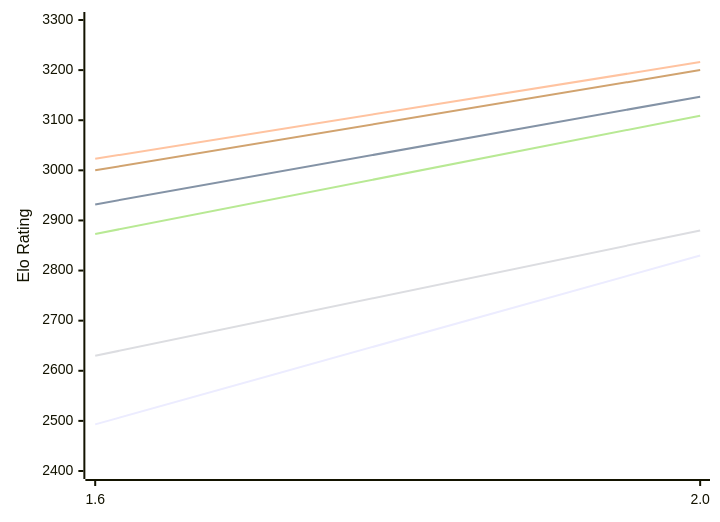
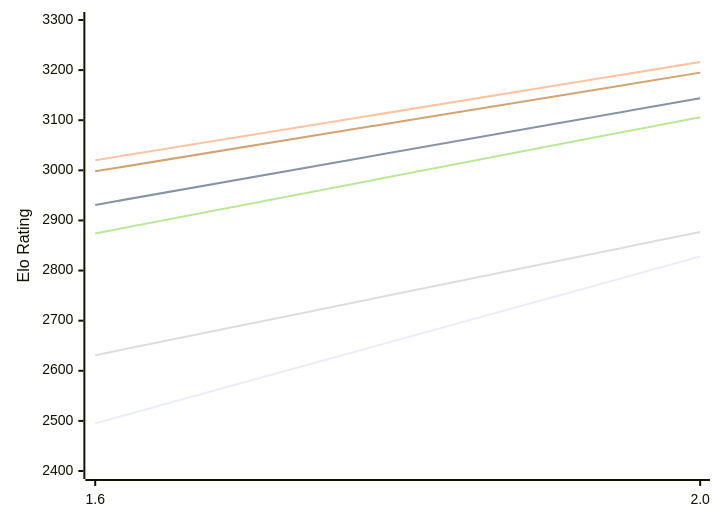
Before and after one commit to computer-chess-index/cci: the first of 2 diagrams in engines/Onyx.md, drawn with Mermaid. The commit also changed other lines of this file, not shown here.

Commit message:
Update CCI Ratings (ELO VLTC) - 2026-11-19

````diff
--- a/engines/Onyx.md
+++ b/engines/Onyx.md
@@ -50,12 +50,12 @@
 ```mermaid
 %%{init: {"theme":"base","themeVariables":{"seriesColors:['#a3a3a3','#222221','#faa371']}}}%%
 xychart-beta
   x-axis ["1.6", "2.0"]
   y-axis "Elo Rating" 2400 --> 3300
-  line "E1: STC (8.0+0.08s)" [2493, 2830]
-  line "E1: LTC (60.0+0.60s)" [2932, 3147]
-  line "E1: VLTC (2m24s+1.12s)" [3023, 3216]
-  line "P1: STC (8.0+0.08s)" [2630, 2880]
-  line "P1: LTC (60.0+0.60s)" [2873, 3109]
-  line "P1: VLTC (2m24s+1.12s)" [3000, 3200]
+  line "E1: STC (8.0+0.08s)" [2495, 2828]
+  line "E1: LTC (60.0+0.60s)" [2931, 3144]
+  line "E1: VLTC (2m24s+1.12s)" [3020, 3216]
+  line "P1: STC (8.0+0.08s)" [2631, 2877]
+  line "P1: LTC (60.0+0.60s)" [2874, 3106]
+  line "P1: VLTC (2m24s+1.12s)" [2998, 3195]
 ```
````
